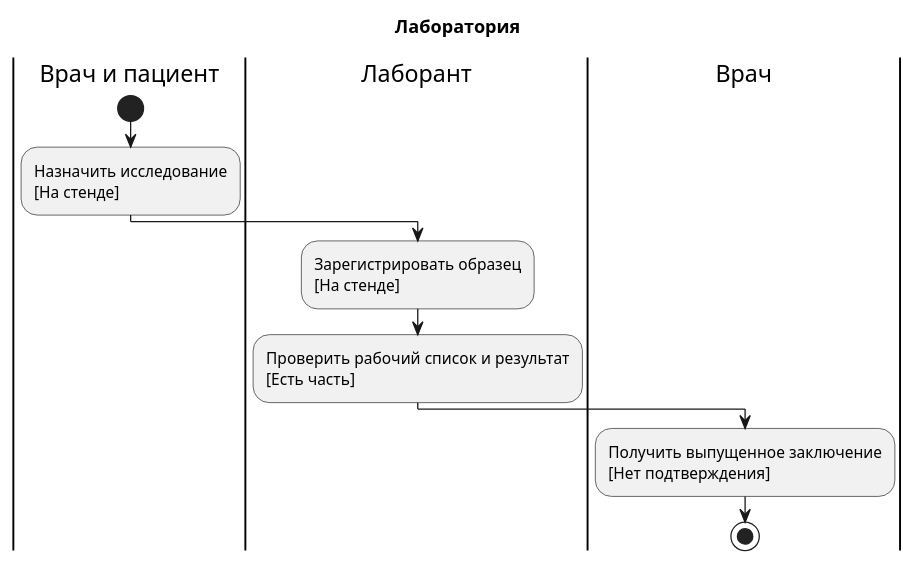
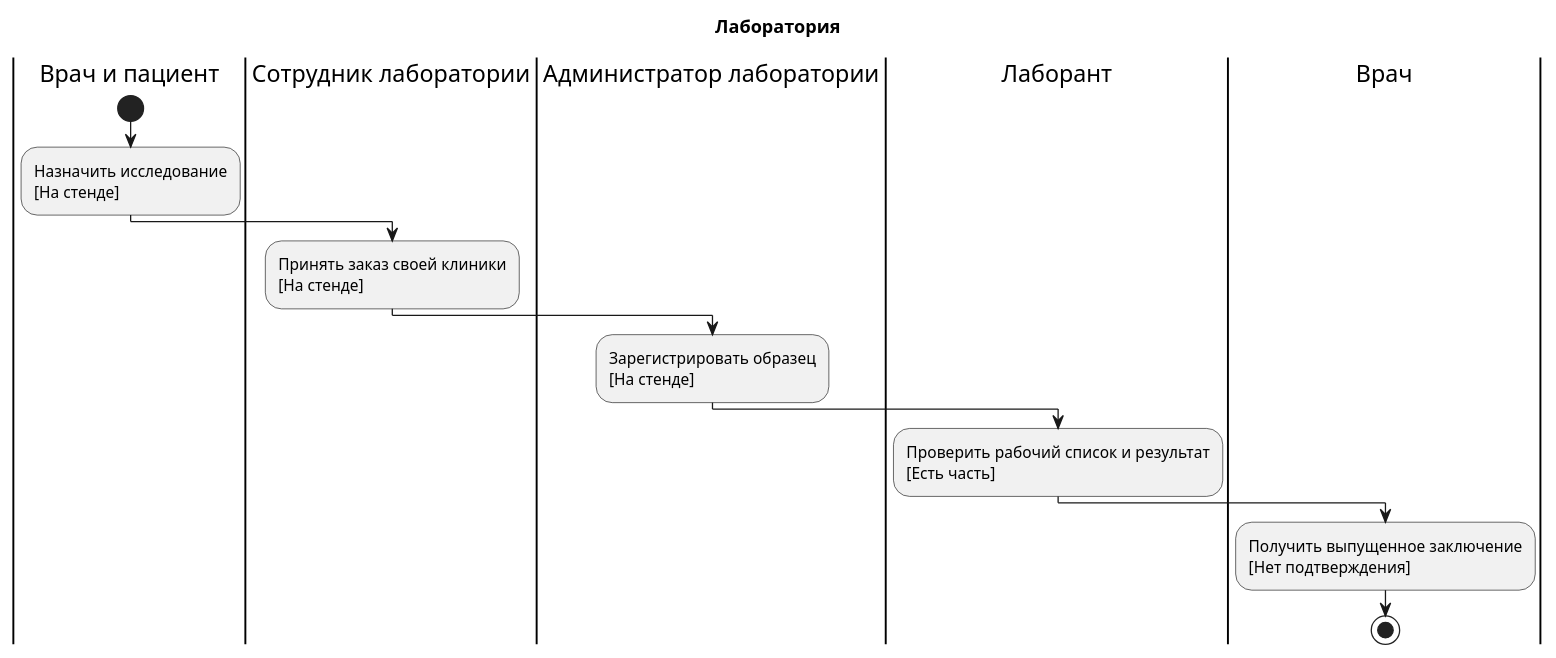
The seventh of 10 diagrams in medbook-full.puml (medbookdev/medbook-readiness), drawn with PlantUML before and after one commit. The commit also changed 13 other files, not shown here.

```diff
--- a/medbook-full.puml
+++ b/medbook-full.puml
@@ -133,15 +133,17 @@
 @startuml medbook-lab
 skinparam shadowing false
 title Лаборатория
 |Врач и пациент|
 start
 |Врач и пациент|
 :Назначить исследование\n[На стенде];
-|Лаборант|
+|Сотрудник лаборатории|
+:Принять заказ своей клиники\n[На стенде];
+|Администратор лаборатории|
 :Зарегистрировать образец\n[На стенде];
 |Лаборант|
 :Проверить рабочий список и результат\n[Есть часть];
 |Врач|
 :Получить выпущенное заключение\n[Нет подтверждения];
 stop
 @enduml
```
